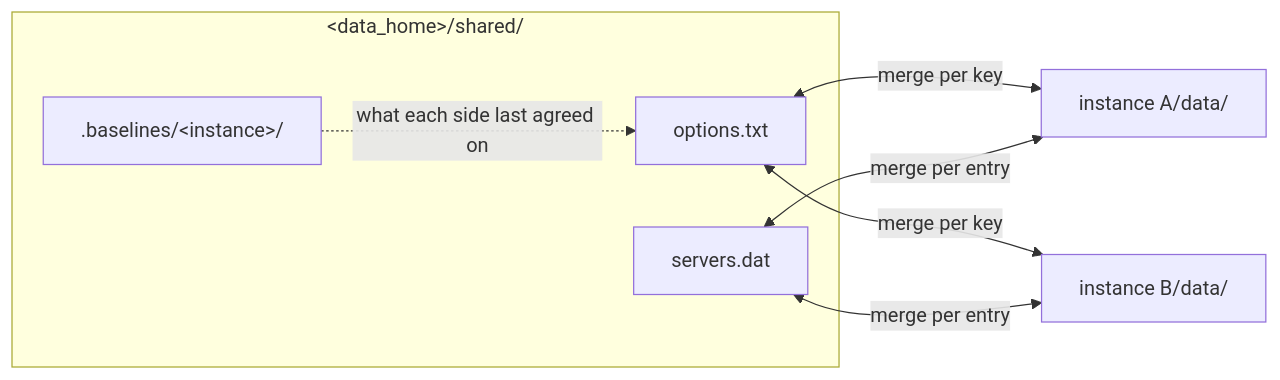
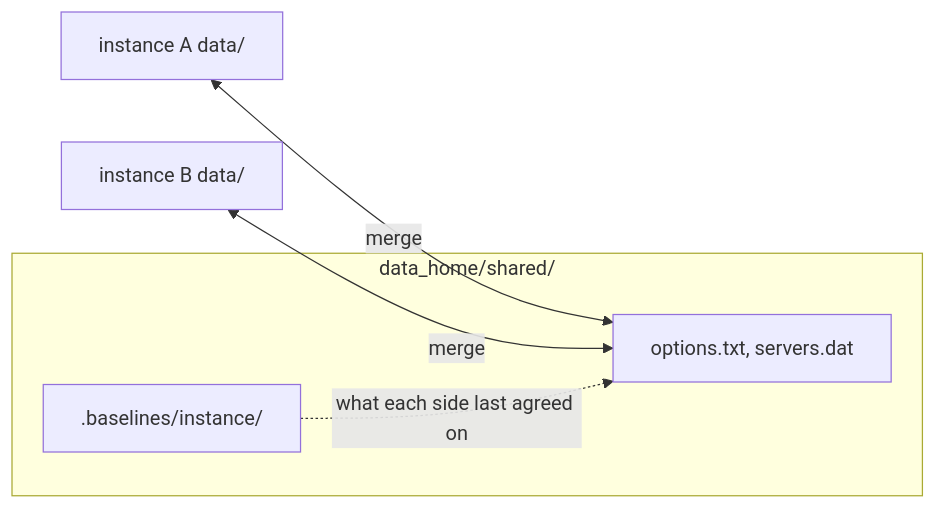
The fourth of 4 diagrams in docs/architecture/entries.md (prytaneum/hestia), drawn with Mermaid before and after one commit. The commit also changed other lines of this file and 11 other files, not shown here.

Commit message:
docs(architecture): describe the current system only

````diff
--- a/docs/architecture/entries.md
+++ b/docs/architecture/entries.md
@@ -372,15 +204,10 @@
 ```mermaid
 flowchart LR
-    subgraph store["&lt;data_home&gt;/shared/"]
-        OPTS["options.txt"]
-        SDAT["servers.dat"]
-        BASE[".baselines/&lt;instance&gt;/"]
+    subgraph store["data_home/shared/"]
+        OPTS["options.txt, servers.dat"]
+        BASE[".baselines/instance/"]
     end
-    A["instance A/data/"]
-    B["instance B/data/"]
-    OPTS <-->|"merge per key"| A
-    OPTS <-->|"merge per key"| B
-    SDAT <-->|"merge per entry"| A
-    SDAT <-->|"merge per entry"| B
+    A["instance A data/"] <-->|"merge"| OPTS
+    B["instance B data/"] <-->|"merge"| OPTS
     BASE -.->|"what each side last agreed on"| OPTS
 ```
````
